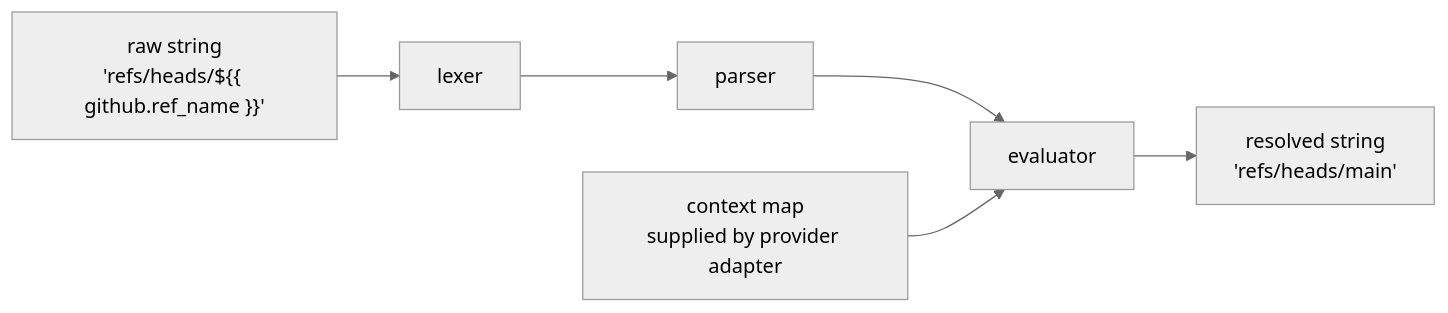
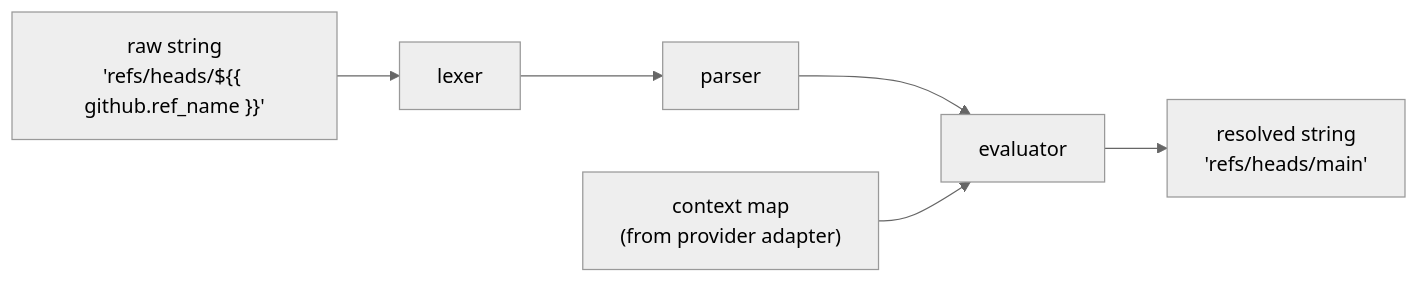
One commit to carlosferreyra/wsr changed the fifth of 5 diagrams in ARCHITECTURE.md. Above: the diagram before and after it, drawn with Mermaid (neutral theme). The commit also changed other lines of this file and 45 other files, not shown here.

````diff
--- a/ARCHITECTURE.md
+++ b/ARCHITECTURE.md
@@ -289,13 +324,13 @@
 ```mermaid
 flowchart LR
     RAW["raw string\n'refs/heads/${{ github.ref_name }}'"]
     LEX[lexer]
     PARSE[parser]
     EVAL[evaluator]
-    CTX["context map\nsupplied by provider adapter"]
+    CTX["context map\n(from provider adapter)"]
     OUT["resolved string\n'refs/heads/main'"]
 
     RAW --> LEX --> PARSE --> EVAL
     CTX --> EVAL
     EVAL --> OUT
 ```
````
